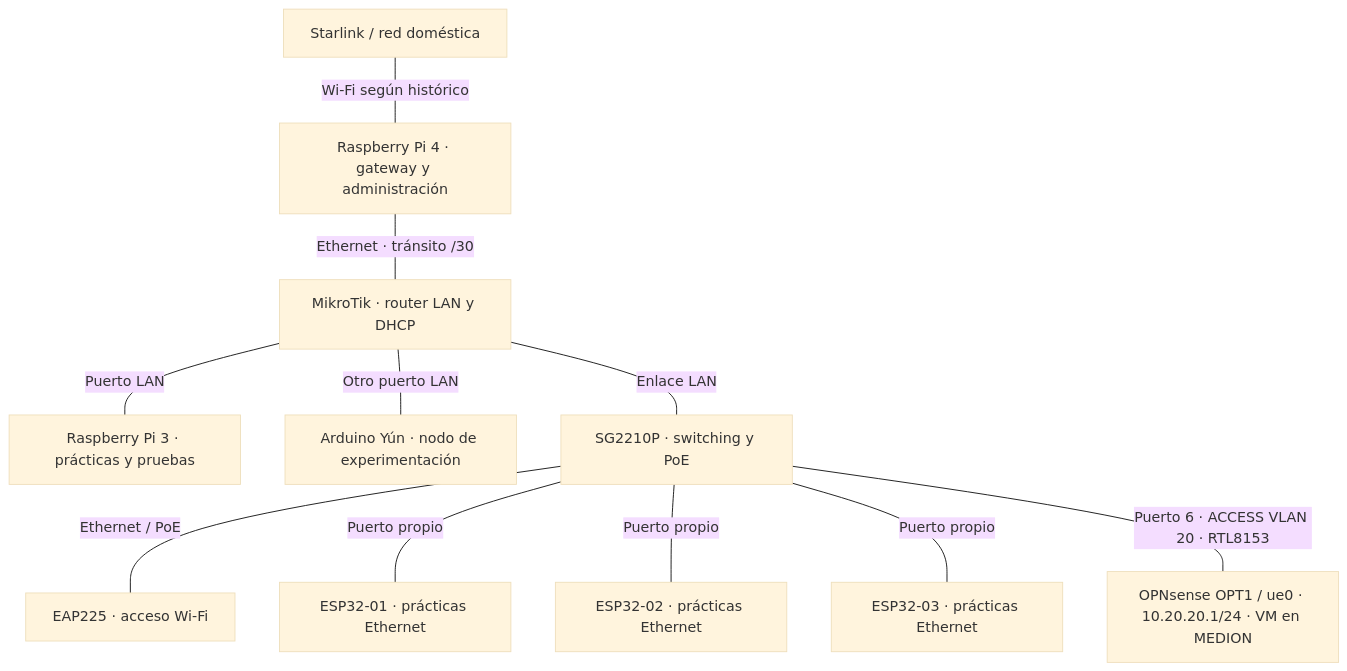
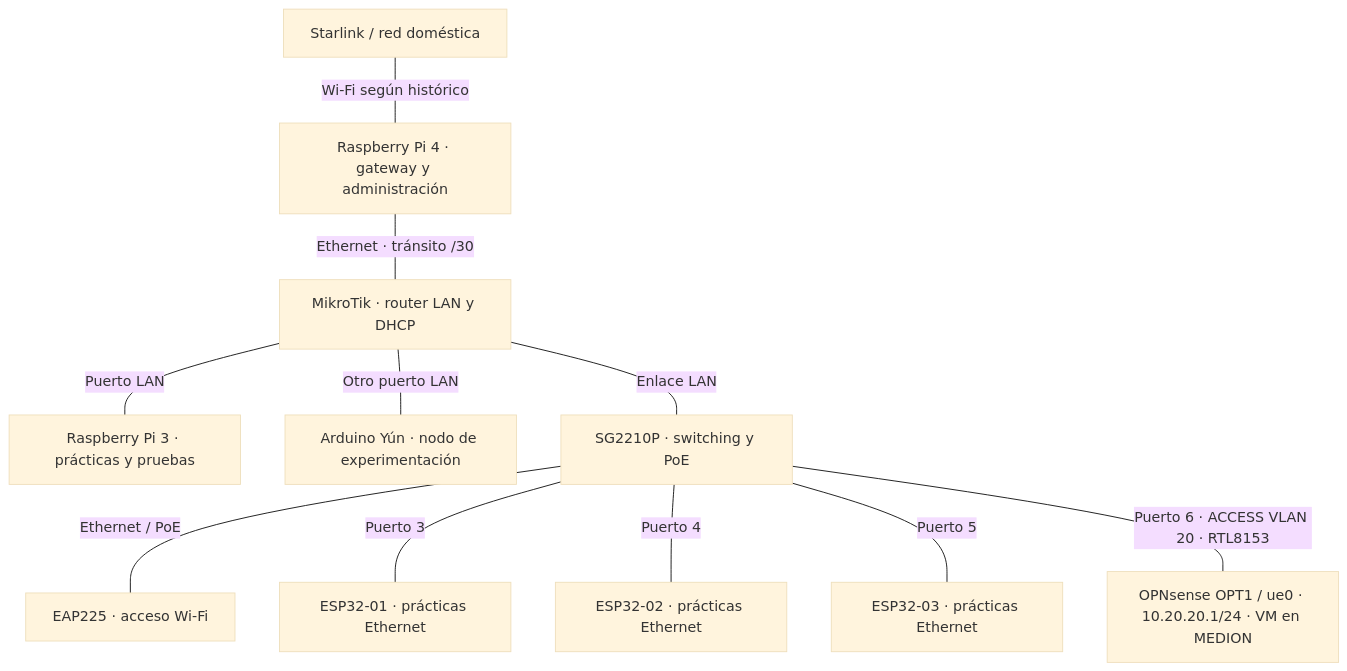
One commit to p0p1as71/gestor-redes-laboratorio changed the diagram in laboratorio-fisico/topologia.md. Above: the diagram before and after it, drawn with Mermaid (base theme). The commit also changed other lines of this file and 4 other files, not shown here.

````diff
--- a/laboratorio-fisico/topologia.md
+++ b/laboratorio-fisico/topologia.md
@@ -11,13 +11,13 @@
 ```mermaid
 flowchart TD
     S["Starlink / red doméstica"] ---|"Wi-Fi según histórico"| P4["Raspberry Pi 4 · gateway y administración"]
     P4 ---|"Ethernet · tránsito /30"| M["MikroTik · router LAN y DHCP"]
     M ---|"Puerto LAN"| P3["Raspberry Pi 3 · prácticas y pruebas"]
     M ---|"Otro puerto LAN"| Y["Arduino Yún · nodo de experimentación"]
     M ---|"Enlace LAN"| SW["SG2210P · switching y PoE"]
     SW ---|"Ethernet / PoE"| AP["EAP225 · acceso Wi-Fi"]
-    SW ---|"Puerto propio"| E1["ESP32-01 · prácticas Ethernet"]
-    SW ---|"Puerto propio"| E2["ESP32-02 · prácticas Ethernet"]
-    SW ---|"Puerto propio"| E3["ESP32-03 · prácticas Ethernet"]
+    SW ---|"Puerto 3"| E1["ESP32-01 · prácticas Ethernet"]
+    SW ---|"Puerto 4"| E2["ESP32-02 · prácticas Ethernet"]
+    SW ---|"Puerto 5"| E3["ESP32-03 · prácticas Ethernet"]
     SW ---|"Puerto 6 · ACCESS VLAN 20 · RTL8153"| L["OPNsense OPT1 / ue0 · 10.20.20.1/24 · VM en MEDION"]
 ```
````
